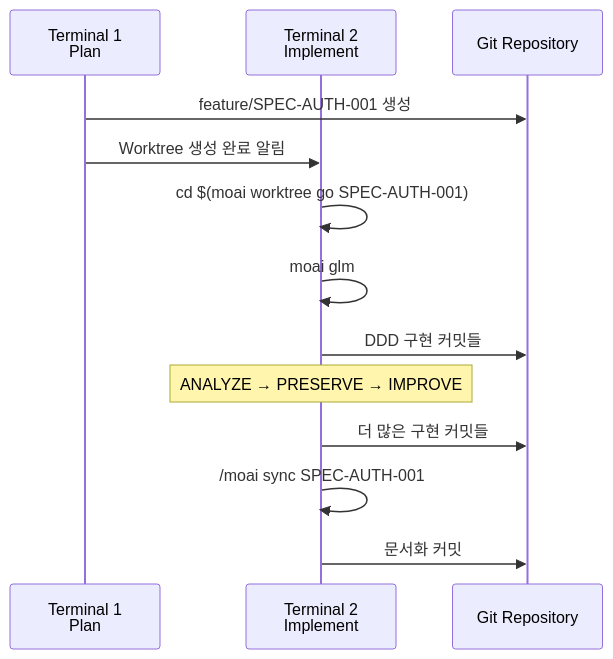
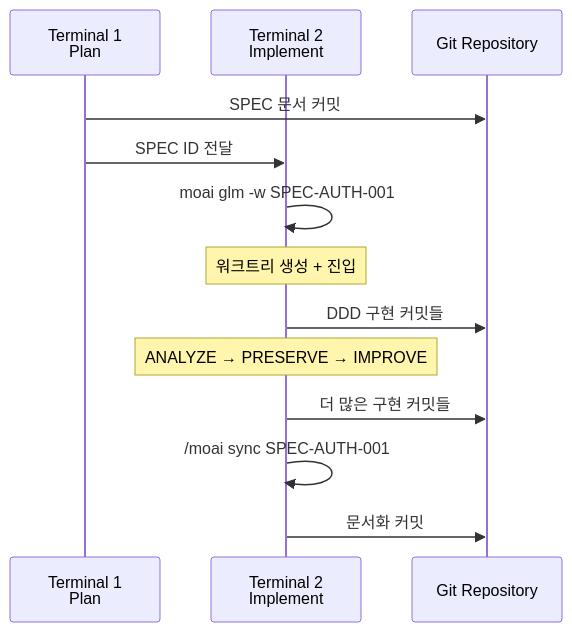
One commit to modu-ai/moai-adk changed the fifth of 9 diagrams in docs-site/content/ko/worktree/guide.md. Above: the diagram before and after it, drawn with Mermaid. The commit also changed other lines of this file and 35 other files, not shown here.

````diff
--- a/docs-site/content/ko/worktree/guide.md
+++ b/docs-site/content/ko/worktree/guide.md
@@ -502,18 +428,18 @@
 ```mermaid
 sequenceDiagram
     participant T1 as Terminal 1<br/>Plan
     participant T2 as Terminal 2<br/>Implement
     participant Git as Git Repository
 
-    T1->>Git: feature/SPEC-AUTH-001 생성
-    T1->>T2: Worktree 생성 완료 알림
+    T1->>Git: SPEC 문서 커밋
+    T1->>T2: SPEC ID 전달
 
-    T2->>T2: cd $(moai worktree go SPEC-AUTH-001)
-    T2->>T2: moai glm
+    T2->>T2: moai glm -w SPEC-AUTH-001
+    Note over T2: 워크트리 생성 + 진입
     T2->>Git: DDD 구현 커밋들
     Note over T2: ANALYZE → PRESERVE → IMPROVE
 
     T2->>Git: 더 많은 구현 커밋들
     T2->>T2: /moai sync SPEC-AUTH-001
     T2->>Git: 문서화 커밋
 ```
````
